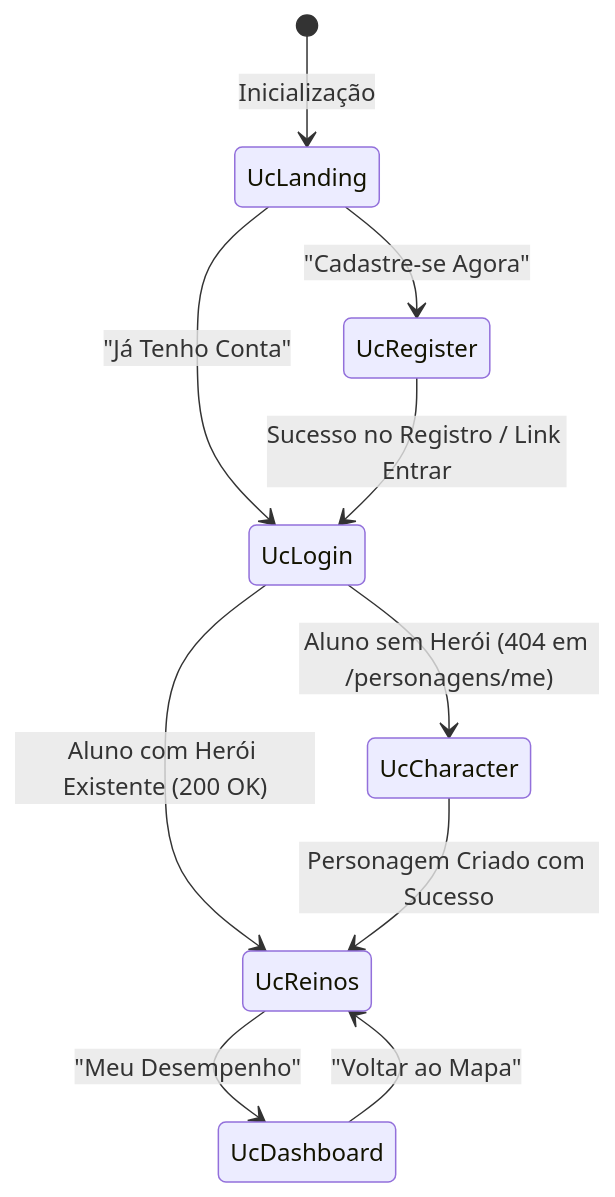
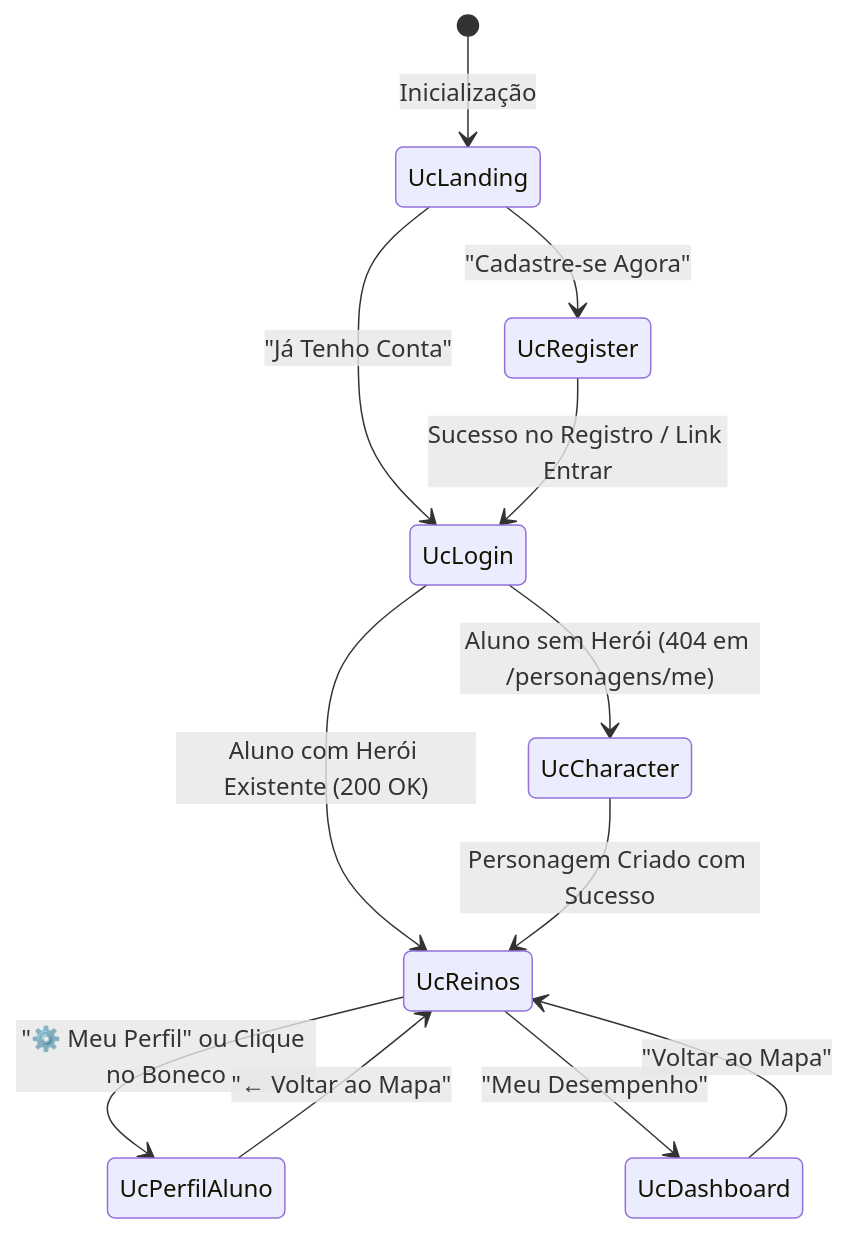
The second of 2 diagrams in README.md (Pim-Unip2025/desktop), drawn with Mermaid before and after one commit. The commit also changed other lines of this file and 21 other files, not shown here.

Commit message:
feat(perfil): adiciona tela Meu Perfil e Seguranca do Aluno (UcPerfilAluno) no HUD de Reinos e atualiza documentacoes

````diff
--- a/README.md
+++ b/README.md
@@ -190,12 +191,14 @@
 ```mermaid
 stateDiagram-v2
     [*] --> UcLanding: Inicialização
     UcLanding --> UcRegister: "Cadastre-se Agora"
     UcLanding --> UcLogin: "Já Tenho Conta"
     UcRegister --> UcLogin: Sucesso no Registro / Link Entrar
     UcLogin --> UcCharacter: Aluno sem Herói (404 em /personagens/me)
     UcLogin --> UcReinos: Aluno com Herói Existente (200 OK)
     UcCharacter --> UcReinos: Personagem Criado com Sucesso
+    UcReinos --> UcPerfilAluno: "⚙️ Meu Perfil" ou Clique no Boneco
+    UcPerfilAluno --> UcReinos: "← Voltar ao Mapa"
     UcReinos --> UcDashboard: "Meu Desempenho"
     UcDashboard --> UcReinos: "Voltar ao Mapa"
 ```
````
